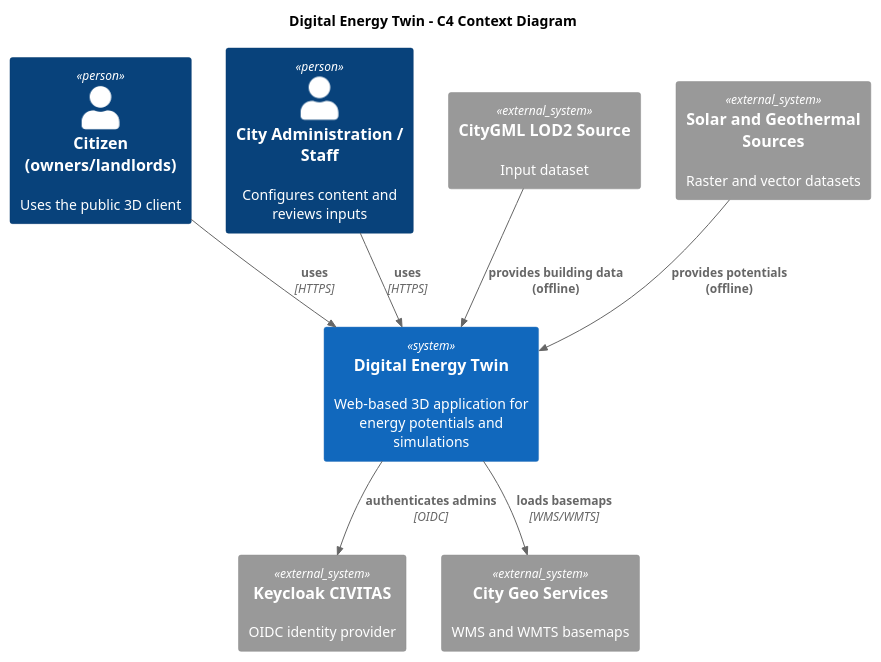
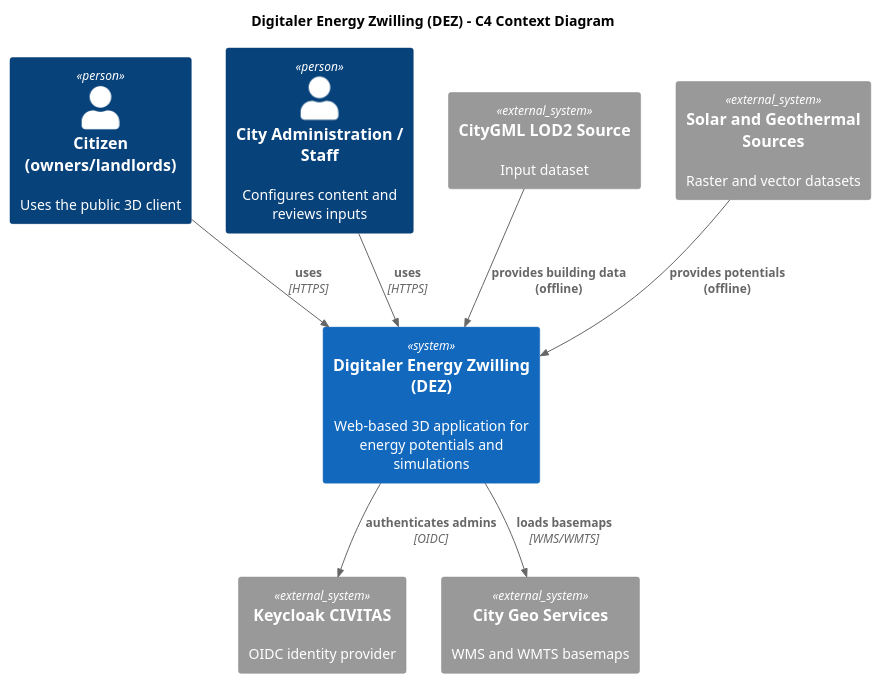
One commit to csi-FOXBYTE/Regensburg_DigitalerEnergieZwilling_Backend changed the diagram in docs/architecture/raw/c4-context.puml. Above: the diagram before and after it, drawn with PlantUML. The commit also changed 19 other files, not shown here.

```diff
--- a/docs/architecture/raw/c4-context.puml
+++ b/docs/architecture/raw/c4-context.puml
@@ -1,23 +1,23 @@
 @startuml
 !includeurl https://raw.githubusercontent.com/plantuml-stdlib/C4-PlantUML/master/C4_Context.puml
 
-title Digital Energy Twin - C4 Context Diagram
+title Digitaler Energy Zwilling (DEZ) - C4 Context Diagram
 
 Person(citizen, "Citizen (owners/landlords)", "Uses the public 3D client")
 Person(admin, "City Administration / Staff", "Configures content and reviews inputs")
 
-System(det, "Digital Energy Twin", "Web-based 3D application for energy potentials and simulations")
+System(det, "Digitaler Energy Zwilling (DEZ)", "Web-based 3D application for energy potentials and simulations")
 
 System_Ext(idp, "Keycloak CIVITAS", "OIDC identity provider")
 System_Ext(geo, "City Geo Services", "WMS and WMTS basemaps")
 System_Ext(citygml, "CityGML LOD2 Source", "Input dataset")
 System_Ext(potentials, "Solar and Geothermal Sources", "Raster and vector datasets")
 
 Rel(citizen, det, "uses", "HTTPS")
 Rel(admin, det, "uses", "HTTPS")
 Rel(det, idp, "authenticates admins", "OIDC")
 Rel(det, geo, "loads basemaps", "WMS/WMTS")
 Rel(citygml, det, "provides building data (offline)")
 Rel(potentials, det, "provides potentials (offline)")
 
 @enduml
```
